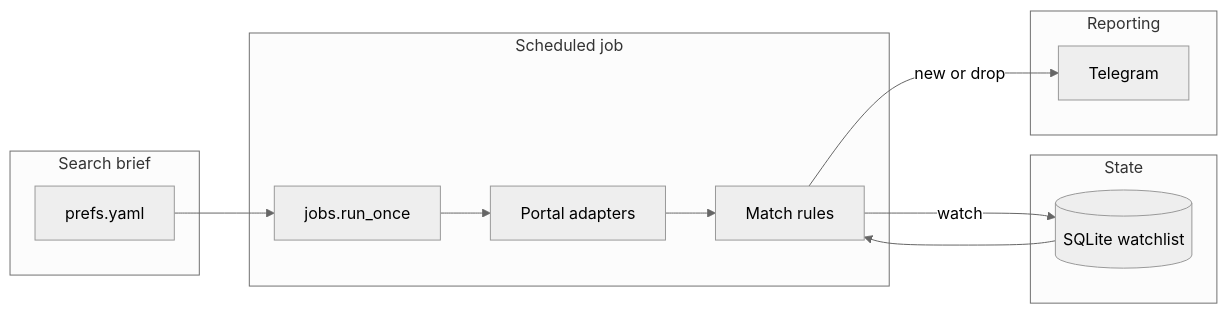
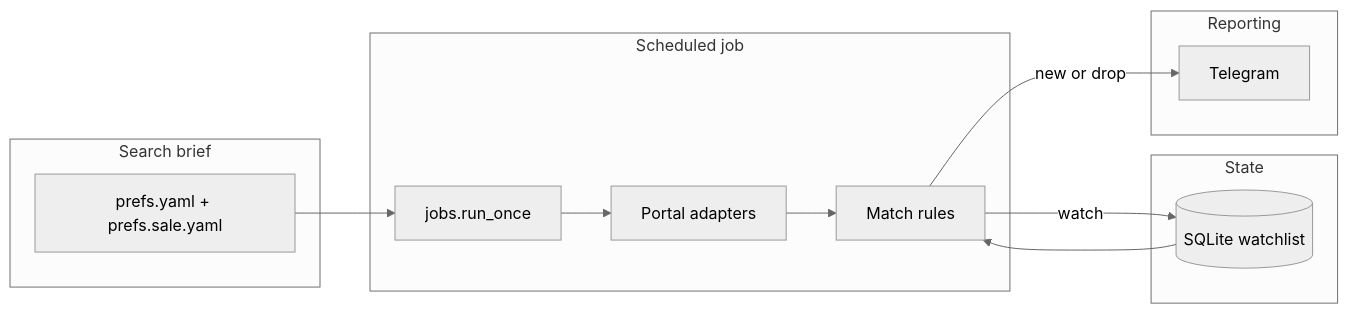
One commit to demichele/rental-scout changed the diagram in README.md. Above: the diagram before and after it, drawn with Mermaid (neutral theme). The commit also changed other lines of this file and 11 other files, not shown here.

````diff
--- a/README.md
+++ b/README.md
@@ -23,23 +23,23 @@
 ```mermaid
 flowchart LR
   subgraph brief [Search brief]
-    P[prefs.yaml]
+    P[prefs.yaml + prefs.sale.yaml]
   end
   subgraph worker [Scheduled job]
     J[jobs.run_once]
     A[Portal adapters]
     M[Match rules]
   end
   subgraph memory [State]
     D[(SQLite watchlist)]
   end
   subgraph report [Reporting]
     T[Telegram]
   end
   P --> J
   J --> A
   A --> M
   M -->|watch| D
   M -->|new or drop| T
   D --> M
 ```
````
